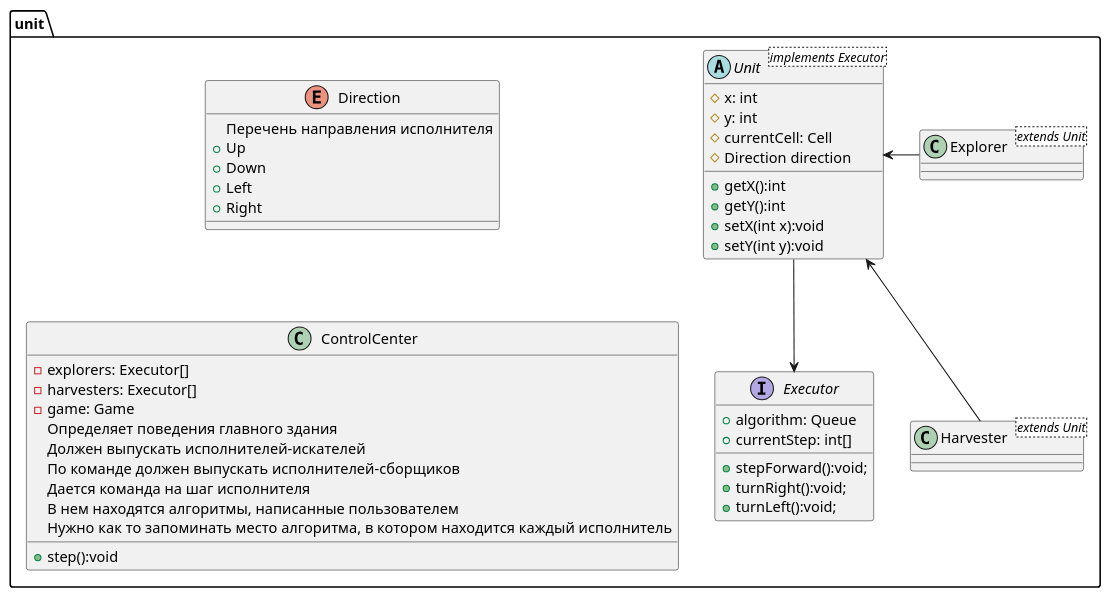
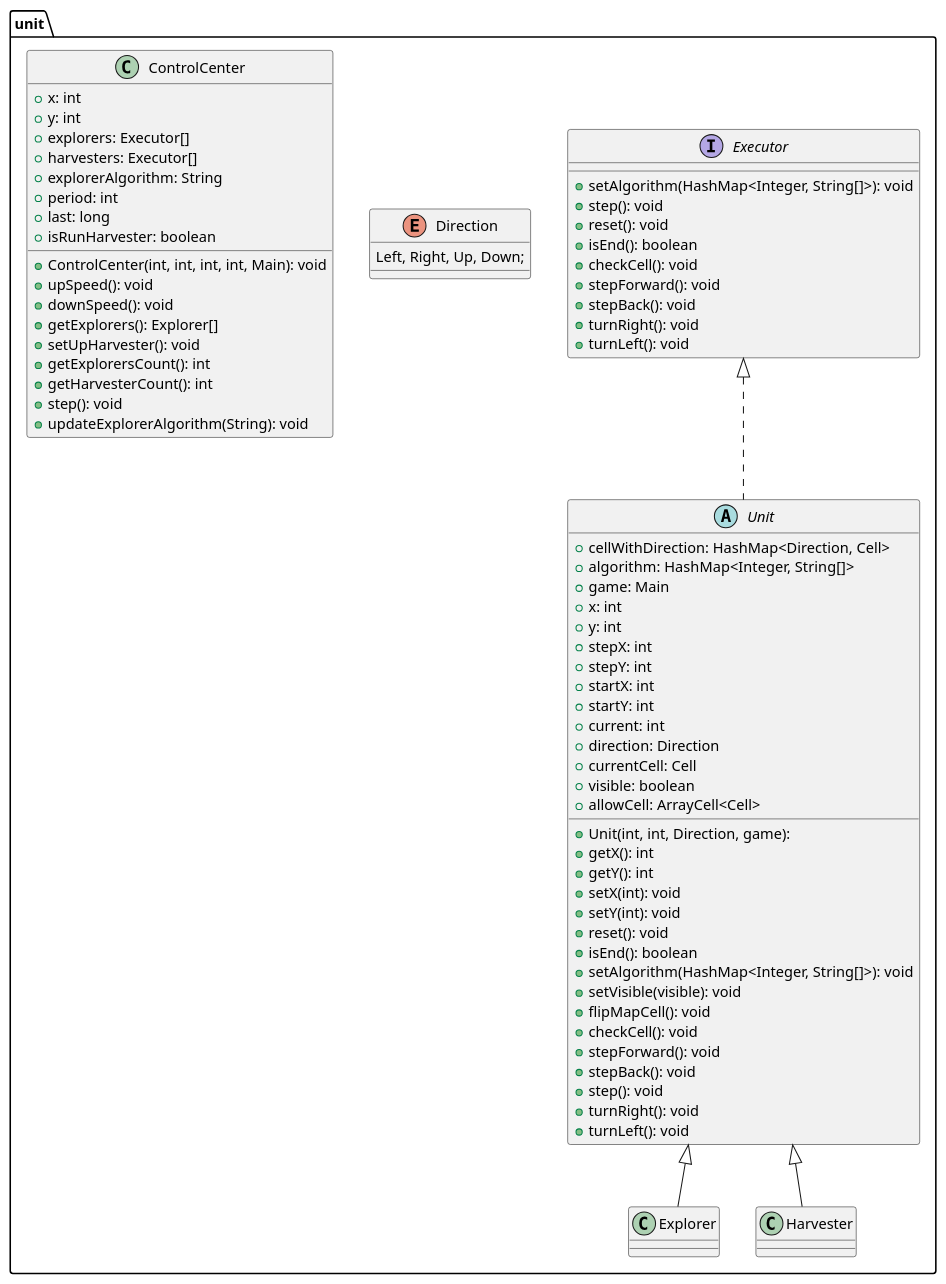
One commit to Wofik29/MultipleExecutors changed the diagram in uml/Unit.puml. Above: the diagram before and after it, drawn with PlantUML. The commit also changed 2 other files, not shown here.

Commit message:
Update uml

```diff
--- a/uml/Unit.puml
+++ b/uml/Unit.puml
@@ -1,61 +1,77 @@
 @startuml
 
 package unit {
     interface Executor {
-        +algorithm: Queue
-        +currentStep: int[]
-    	+stepForward():void;
-    	+turnRight():void;
-    	+turnLeft():void;
+        +setAlgorithm(HashMap<Integer, String[]>): void
+        +step(): void
+        +reset(): void
+        +isEnd(): boolean
+        +checkCell(): void
+        +stepForward(): void
+        +stepBack(): void
+        +turnRight(): void
+        +turnLeft(): void
     }
 
-
-    Enum Direction {
-    Перечень направления исполнителя
-        +Up
-        +Down
-        +Left
-        +Right
+    abstract class Unit implements Executor {
+        +Unit(int, int, Direction, game):
+        +getX(): int
+        +getY(): int
+        +setX(int): void
+        +setY(int): void
+        +reset(): void
+        +isEnd(): boolean
+        +setAlgorithm(HashMap<Integer, String[]>): void
+        +setVisible(visible): void
+        +flipMapCell(): void
+        +checkCell(): void
+        +stepForward(): void
+        +stepBack(): void
+        +step(): void
+        +turnRight(): void
+        +turnLeft(): void
+        +cellWithDirection: HashMap<Direction, Cell>
+        +algorithm: HashMap<Integer, String[]>
+        +game: Main
+        +x: int
+        +y: int
+        +stepX: int
+        +stepY: int
+        +startX: int
+        +startY: int
+        +current: int
+        +direction: Direction
+        +currentCell: Cell
+        +visible: boolean
+        +allowCell: ArrayCell<Cell>
     }
 
-    abstract class Unit <implements Executor> {
-        #x: int
-        #y: int
-        #currentCell: Cell
-        #Direction direction
+    class Explorer extends Unit
+    class Harvester extends Unit
 
-        +getX():int
-        +getY():int
-        +setX(int x):void
-        +setY(int y):void
-    }
-
-    class Explorer <extends Unit> {
-
-    }
-
-    class Harvester <extends Unit> {
-
+    enum Direction {
+        Left, Right, Up, Down;
     }
 
     class ControlCenter {
-        -explorers: Executor[]
-        -harvesters: Executor[]
-        -game: Game
-        +step():void
-        Определяет поведения главного здания
-        Должен выпускать исполнителей-искателей
-        По команде должен выпускать исполнителей-сборщиков
-        Дается команда на шаг исполнителя
-        В нем находятся алгоритмы, написанные пользователем
-        Нужно как то запоминать место алгоритма, в котором находится каждый исполнитель
+        +ControlCenter(int, int, int, int, Main): void
+        +upSpeed(): void
+        +downSpeed(): void
+        +getExplorers(): Explorer[]
+        +setUpHarvester(): void
+        +getExplorersCount(): int
+        +getHarvesterCount(): int
+        +step(): void
+        +updateExplorerAlgorithm(String): void
+        +x: int
+        +y: int
+        +explorers: Executor[]
+        +harvesters: Executor[]
+        +explorerAlgorithm: String
+        +period: int
+        +last: long
+        +isRunHarvester: boolean
     }
-
-    Direction -[hidden]- ControlCenter
-
-    Unit --> Executor
-    Explorer -l-> Unit
-    Harvester -u-> Unit
 }
 
 @enduml
```
